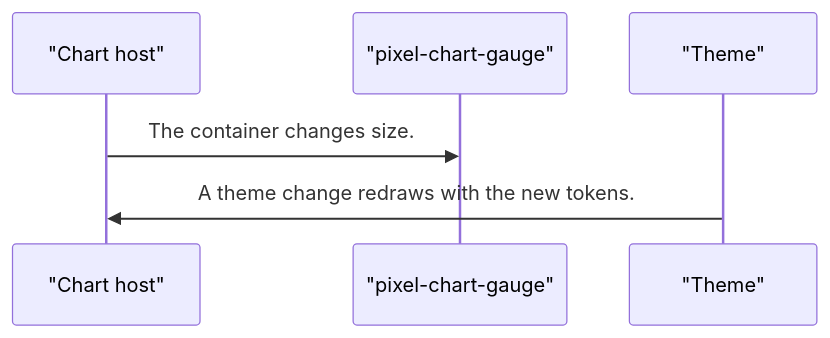
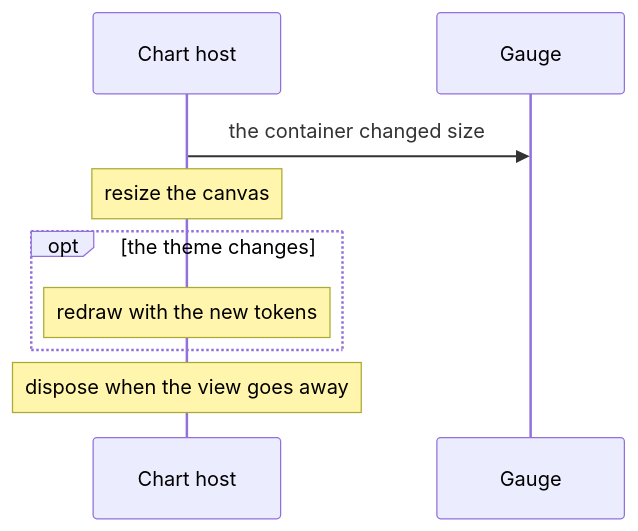
Before and after one commit to RajshekharBorate/pixel-ui: the fourth of 5 diagrams in projects/pixel-ui/src/lib/pixel-chart-gauge/DESIGN.md, drawn with Mermaid. The commit also changed other lines of this file and 73 other files, not shown here.

Commit message:
Explain who owns each value and what each flow does in every component and service design.

````diff
--- a/projects/pixel-ui/src/lib/pixel-chart-gauge/DESIGN.md
+++ b/projects/pixel-ui/src/lib/pixel-chart-gauge/DESIGN.md
@@ -79,8 +104,11 @@
 ```mermaid
 sequenceDiagram
-  participant host as "Chart host"
-  participant plot as "pixel-chart-gauge"
-  participant theme as "Theme"
-  host->>plot: The container changes size.
-  theme->>host: A theme change redraws with the new tokens.
+  participant Host as Chart host
+  participant Plot as Gauge
+  Host->>Plot: the container changed size
+  Note over Host: resize the canvas
+  opt the theme changes
+    Note over Host: redraw with the new tokens
+  end
+  Note over Host: dispose when the view goes away
 ```
````
